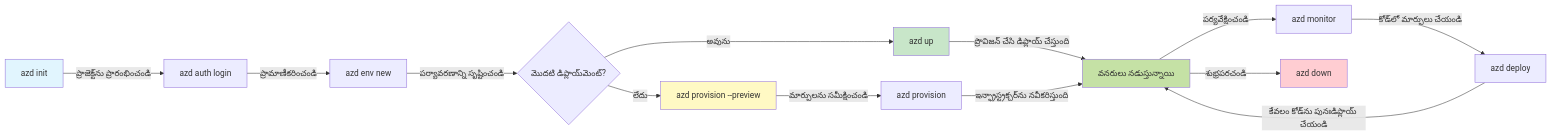
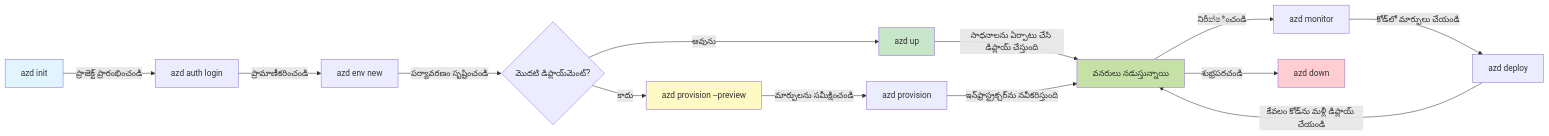
One commit to microsoft/AZD-for-beginners changed the first of 2 diagrams in translations/te/docs/chapter-01-foundation/azd-basics.md. Above: the diagram before and after it, drawn with Mermaid. The commit also changed other lines of this file and 101 other files, not shown here.

````diff
--- a/translations/te/docs/chapter-01-foundation/azd-basics.md
+++ b/translations/te/docs/chapter-01-foundation/azd-basics.md
@@ -269,21 +269,21 @@
 ```mermaid
 graph LR
-    A[azd init] -->|ప్రాజెక్ట్‌ను ప్రారంభించండి| B[azd auth login]
+    A[azd init] -->|ప్రాజెక్ట్ ప్రారంభించండి| B[azd auth login]
     B -->|ప్రామాణీకరించండి| C[azd env new]
-    C -->|పర్యావరణాన్ని సృష్టించండి| D{మొదటి డిప్లాయ్‌మెంట్?}
+    C -->|పర్యావరణం సృష్టించండి| D{మొదటి డిప్లాయ్‌మెంట్?}
     D -->|అవును| E[azd up]
-    D -->|లేదు| F[azd provision --preview]
+    D -->|కాదు| F[azd provision --preview]
     F -->|మార్పులను సమీక్షించండి| G[azd provision]
-    E -->|ప్రొవిజన్ చేసి డిప్లాయ్ చేస్తుంది| H[వనరులు నడుస్తున్నాయి]
-    G -->|ఇన్ఫ్రాస్ట్రక్చర్‌ను నవీకరిస్తుంది| H
-    H -->|పర్యవేక్షించండి| I[azd monitor]
+    E -->|సాధనాలను ఏర్పాటు చేసి డిప్లాయ్ చేస్తుంది| H[వనరులు నడుస్తున్నాయి]
+    G -->|ఇన్‌ఫ్రాస్ట్రక్చర్‌ను నవీకరిస్తుంది| H
+    H -->|నిరీක්ෂించండి| I[azd monitor]
     I -->|కోడ్‌లో మార్పులు చేయండి| J[azd deploy]
-    J -->|కేవలం కోడ్‌ను పునఃడిప్లాయ్ చేయండి| H
+    J -->|కేవలం కోడ్‌ను మళ్లీ డిప్లాయ్ చేయండి| H
     H -->|శుభ్రపరచండి| K[azd down]
     
     style A fill:#e1f5fe
     style E fill:#c8e6c9
     style F fill:#fff9c4
     style H fill:#c5e1a5
     style K fill:#ffcdd2
 ```
````
